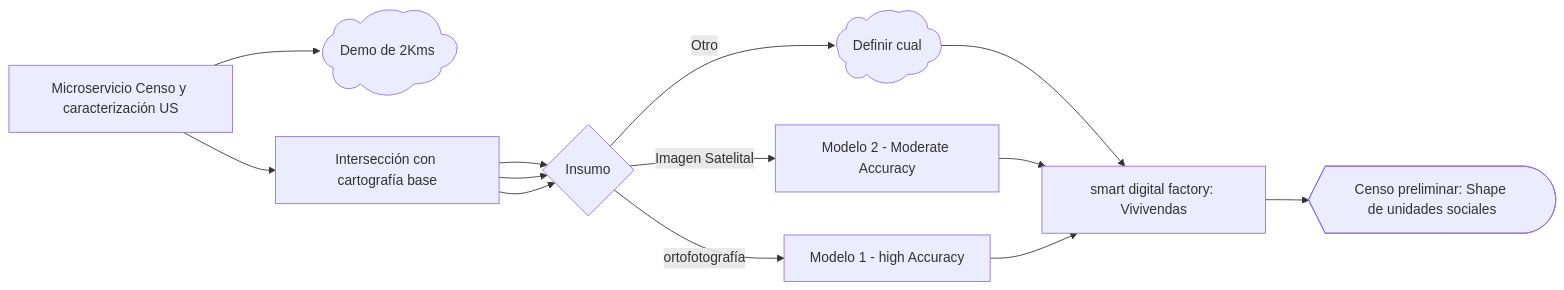
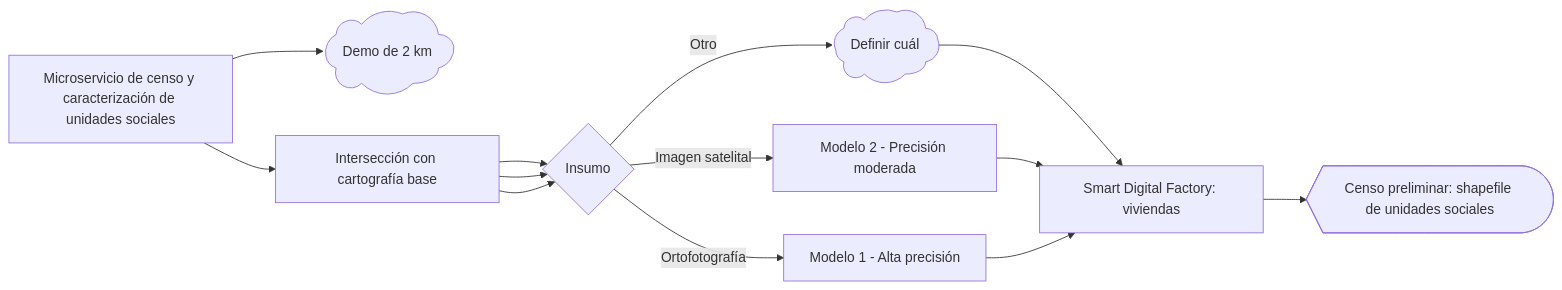
The first of 2 diagrams in README.md (Micelio-GIS/evolution-pipeline), drawn with Mermaid before and after one commit. The commit also changed other lines of this file, not shown here.

Commit message:
Revise flowchart labels and descriptions in README
Updated flowchart descriptions and labels for clarity.

````diff
--- a/README.md
+++ b/README.md
@@ -8,15 +8,15 @@
 ```mermaid
 flowchart LR
 
-    B1["Microservicio Censo y caracterización US"]
-    B1--> B1c@{ shape: cloud, label: "Demo de 2Kms" }
+    B1["Microservicio de censo y caracterización de unidades sociales"]
+    B1 --> B1c@{ shape: cloud, label: "Demo de 2 km" }
     B1 --> B2["Intersección con cartografía base"]
-    B2 --> B2Explain{"Insumo"} -- ortofotografía --> B3["Modelo 1 - high Accuracy"]
-    B2 --> B2Explain{"Insumo"} -- Imagen Satelital --> B3Alt["Modelo 2 - Moderate Accuracy"] 
-    B2 --> B2Explain{"Insumo"} -- Otro --> B3Alt2@{shape: cloud, label: Definir cual}
-    
-    B3Alt2 --> B4["smart digital factory: Vivivendas"]
-    B3Alt --> B4["smart digital factory: Vivivendas"]
-    B3 --> B4["smart digital factory: Vivivendas"]
-    B4 --> B5@{ shape: display, label: "Censo preliminar: Shape de unidades sociales"}
+    B2 --> B2Explain{"Insumo"} -- Ortofotografía --> B3["Modelo 1 - Alta precisión"]
+    B2 --> B2Explain{"Insumo"} -- Imagen satelital --> B3Alt["Modelo 2 - Precisión moderada"]
+    B2 --> B2Explain{"Insumo"} -- Otro --> B3Alt2@{shape: cloud, label: "Definir cuál"}
+
+    B3Alt2 --> B4["Smart Digital Factory: viviendas"]
+    B3Alt --> B4["Smart Digital Factory: viviendas"]
+    B3 --> B4["Smart Digital Factory: viviendas"]
+    B4 --> B5@{ shape: display, label: "Censo preliminar: shapefile de unidades sociales"}
 ```
````
